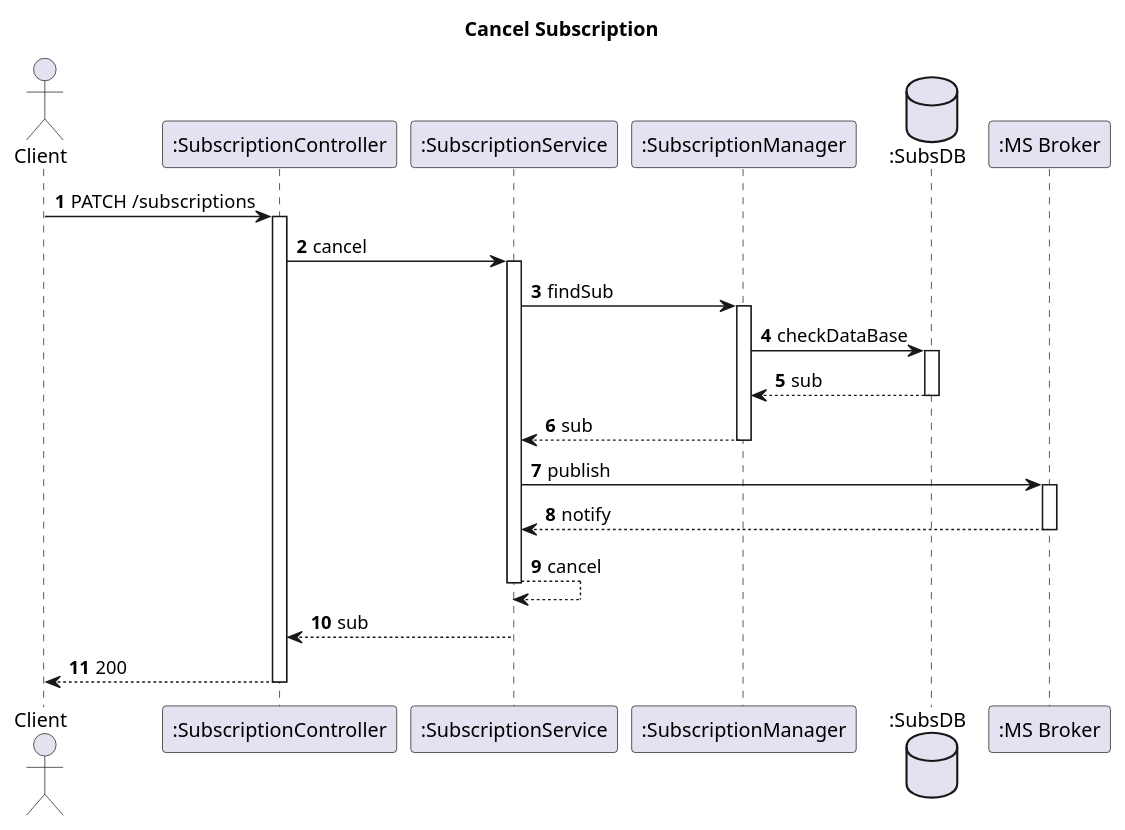
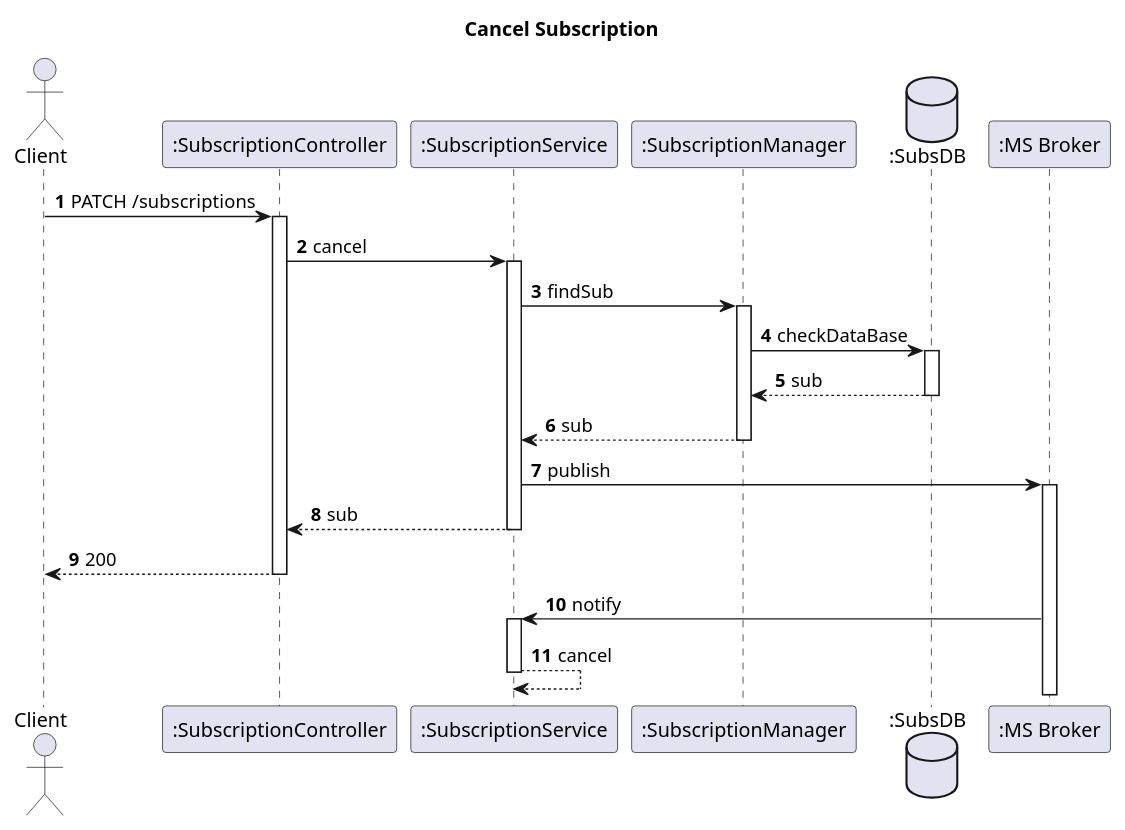
The diagram in docs_sidis/Segunda_Avalição/Subs/Vista Logica/N3/CancelSub.puml (IsepMartimOliveira/SIDIS), drawn with PlantUML before and after one commit. The commit also changed 8 other files, not shown here.

```diff
--- a/docs_sidis/Segunda_Avalição/Subs/Vista Logica/N3/CancelSub.puml
+++ b/docs_sidis/Segunda_Avalição/Subs/Vista Logica/N3/CancelSub.puml
@@ -1,31 +1,32 @@
 @startuml
 'https://plantuml.com/sequence-diagram
 autoactivate on
 autonumber
 title  Cancel Subscription
 
 autonumber
 
 actor "Client" as Ac
 participant ":SubscriptionController" as Auth
 participant ":SubscriptionService" as SService
 participant ":SubscriptionManager" as UManager
 database ":SubsDB" as SDB
 participant ":MS Broker" as Broker
 
 
 Ac->Auth: PATCH /subscriptions
 Auth->SService: cancel
 
 
 SService->UManager: findSub
 UManager->SDB: checkDataBase
 SDB-->UManager:sub
 UManager --> SService:sub
 SService->Broker: publish
-Broker--> SService: notify
-SService --> SService: cancel
 SService -->Auth:sub
 Auth --> Ac : 200
 
+Broker-> SService: notify
+SService --> SService: cancel
+
 @enduml
```
